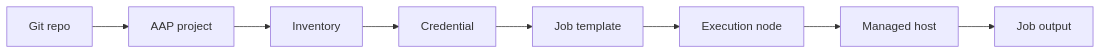
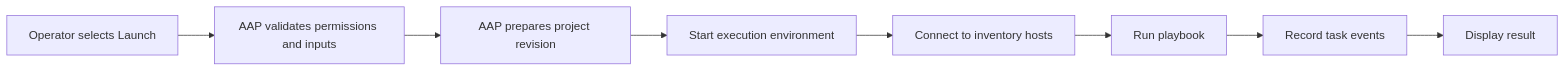
Before and after one commit to Ansible-workshop-ch/bootcamp: the second of 3 diagrams in module07/aap-workflow.md, drawn with Mermaid. The commit also changed other lines of this file, not shown here.

````diff
--- a/module07/aap-workflow.md
+++ b/module07/aap-workflow.md
@@ -44,10 +886,10 @@
 ```mermaid
 flowchart LR
-    G[Git repo] --> P[AAP project]
-    P --> I[Inventory]
-    I --> C[Credential]
-    C --> J[Job template]
-    J --> E[Execution node]
-    E --> H[Managed host]
-    H --> O[Job output]
+    OP[Operator selects Launch] --> VALIDATE[AAP validates permissions and inputs]
+    VALIDATE --> PROJECT[AAP prepares project revision]
+    PROJECT --> EE[Start execution environment]
+    EE --> CONNECT[Connect to inventory hosts]
+    CONNECT --> PLAYBOOK[Run playbook]
+    PLAYBOOK --> EVENTS[Record task events]
+    EVENTS --> RESULT[Display result]
 ```
````
